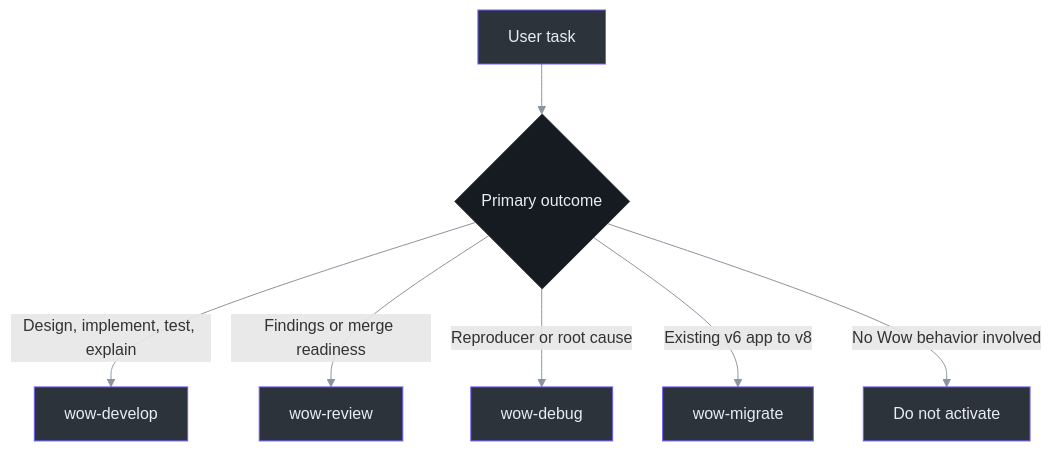
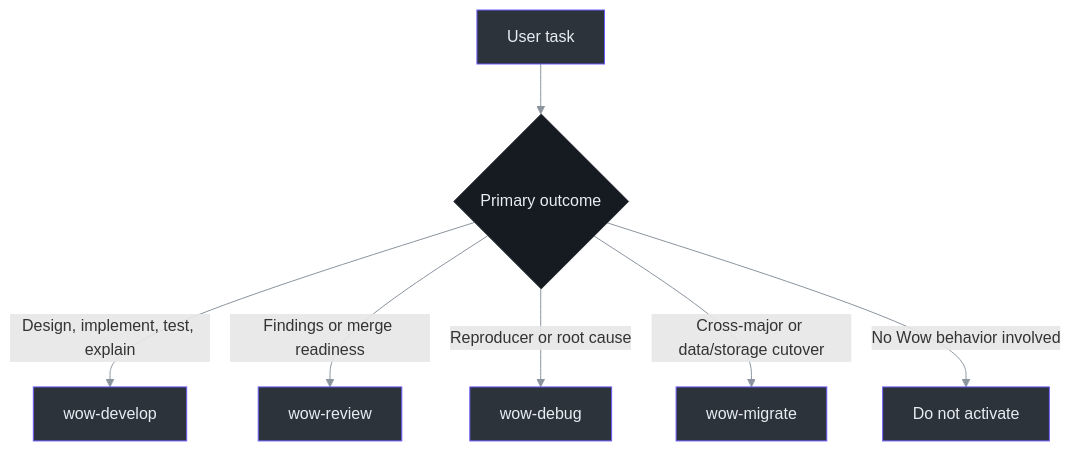
One commit to Ahoo-Wang/Wow changed the first of 2 diagrams in documentation/docs/en/guide/skills.md. Above: the diagram before and after it, drawn with Mermaid. The commit also changed other lines of this file and 45 other files, not shown here.

````diff
--- a/documentation/docs/en/guide/skills.md
+++ b/documentation/docs/en/guide/skills.md
@@ -32,13 +32,13 @@
 ```mermaid
 flowchart TD
     Task["User task"] --> Intent{"Primary outcome"}
     Intent -->|Design, implement, test, explain| Develop["wow-develop"]
     Intent -->|Findings or merge readiness| Review["wow-review"]
     Intent -->|Reproducer or root cause| Debug["wow-debug"]
-    Intent -->|Existing v6 app to v8| Migrate["wow-migrate"]
+    Intent -->|Cross-major or data/storage cutover| Migrate["wow-migrate"]
     Intent -->|No Wow behavior involved| None["Do not activate"]
 
     classDef default fill:#2d333b,stroke:#6d5dfc,color:#e6edf3
     style Intent fill:#161b22,stroke:#30363d,color:#e6edf3
     linkStyle default stroke:#8b949e
 ```
````
